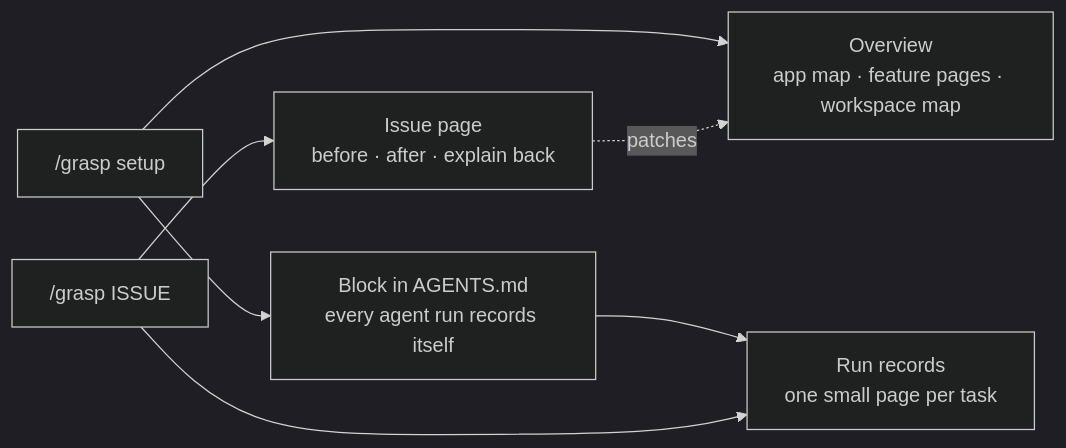
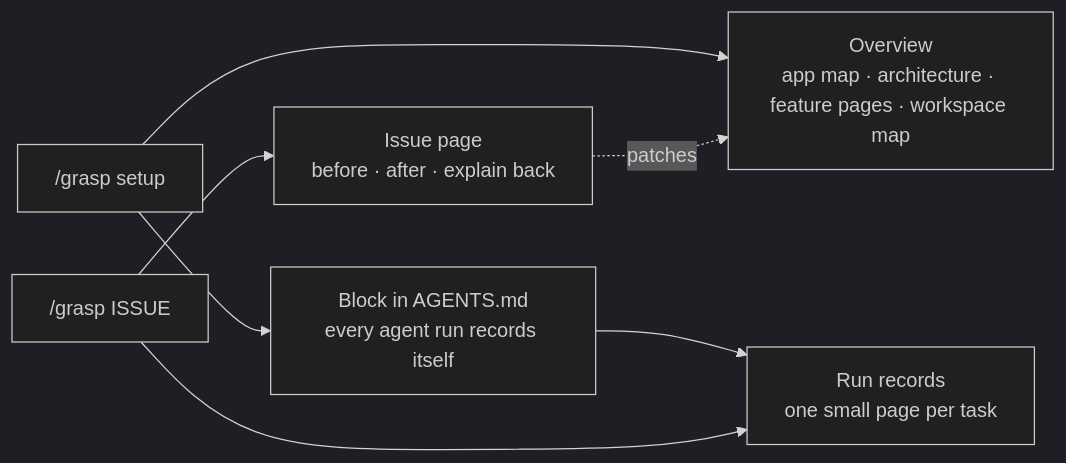
Before and after one commit to junrillg/grasp: the first of 3 diagrams in README.md, drawn with Mermaid (dark theme). The commit also changed other lines of this file and 22 other files, not shown here.

Commit message:
feat: write an architecture page with system design lessons

````diff
--- a/README.md
+++ b/README.md
@@ -35,9 +35,9 @@
 ```mermaid
 flowchart LR
-  S["/grasp setup"] --> O["Overview<br/>app map · feature pages · workspace map"]
+  S["/grasp setup"] --> O["Overview<br/>app map · architecture · feature pages · workspace map"]
   S --> B["Block in AGENTS.md<br/>every agent run records itself"]
   B --> R["Run records<br/>one small page per task"]
   I["/grasp ISSUE"] --> P["Issue page<br/>before · after · explain back"]
   I --> R
   P -.->|patches| O
 ```
````
